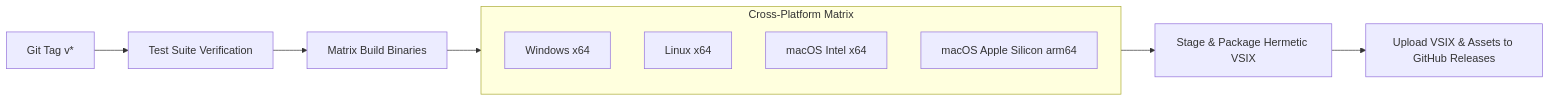
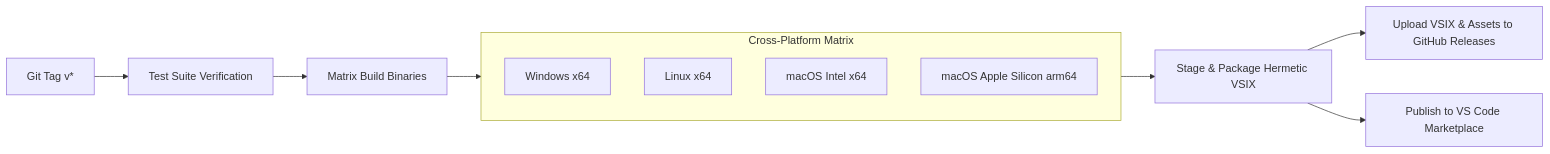
The second of 2 diagrams in README.md (c0mbit/ruxel-studio), drawn with Mermaid before and after one commit.

Commit message:
docs: update CI/CD flowchart to include VS Code Marketplace publishing

````diff
--- a/README.md
+++ b/README.md
@@ -339,16 +339,17 @@
 ```mermaid
 flowchart LR
     A[Git Tag v*] --> B[Test Suite Verification]
     B --> C[Matrix Build Binaries]
     
     subgraph Matrix["Cross-Platform Matrix"]
         W[Windows x64]
         L[Linux x64]
         M1[macOS Intel x64]
         M2[macOS Apple Silicon arm64]
     end
     
     C --> Matrix
     Matrix --> D[Stage & Package Hermetic VSIX]
     D --> E[Upload VSIX & Assets to GitHub Releases]
+    D --> F[Publish to VS Code Marketplace]
 ```
````
